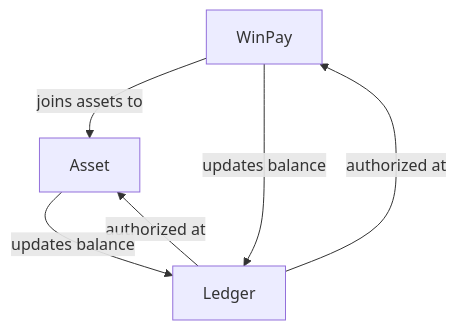
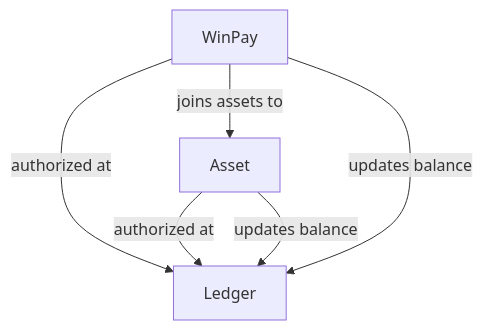
The diagram in README.md (windingtree/win-crypto), drawn with Mermaid before and after one commit.

Commit message:
fix: 🐛 Fixed contract architecture diagram

````diff
--- a/README.md
+++ b/README.md
@@ -23,13 +23,13 @@
 ```mermaid
 flowchart TD
   win[WinPay]
   ledger[Ledger]
   asset[Asset]
 
-  ledger -- authorized at -->  win
-  ledger -- authorized at -->  asset
+  win -- authorized at --> ledger
+  asset -- authorized at -->  ledger
 
   win -- joins assets to --> asset
   win -- updates balance --> ledger
   asset -- updates balance --> ledger
 ```
````
